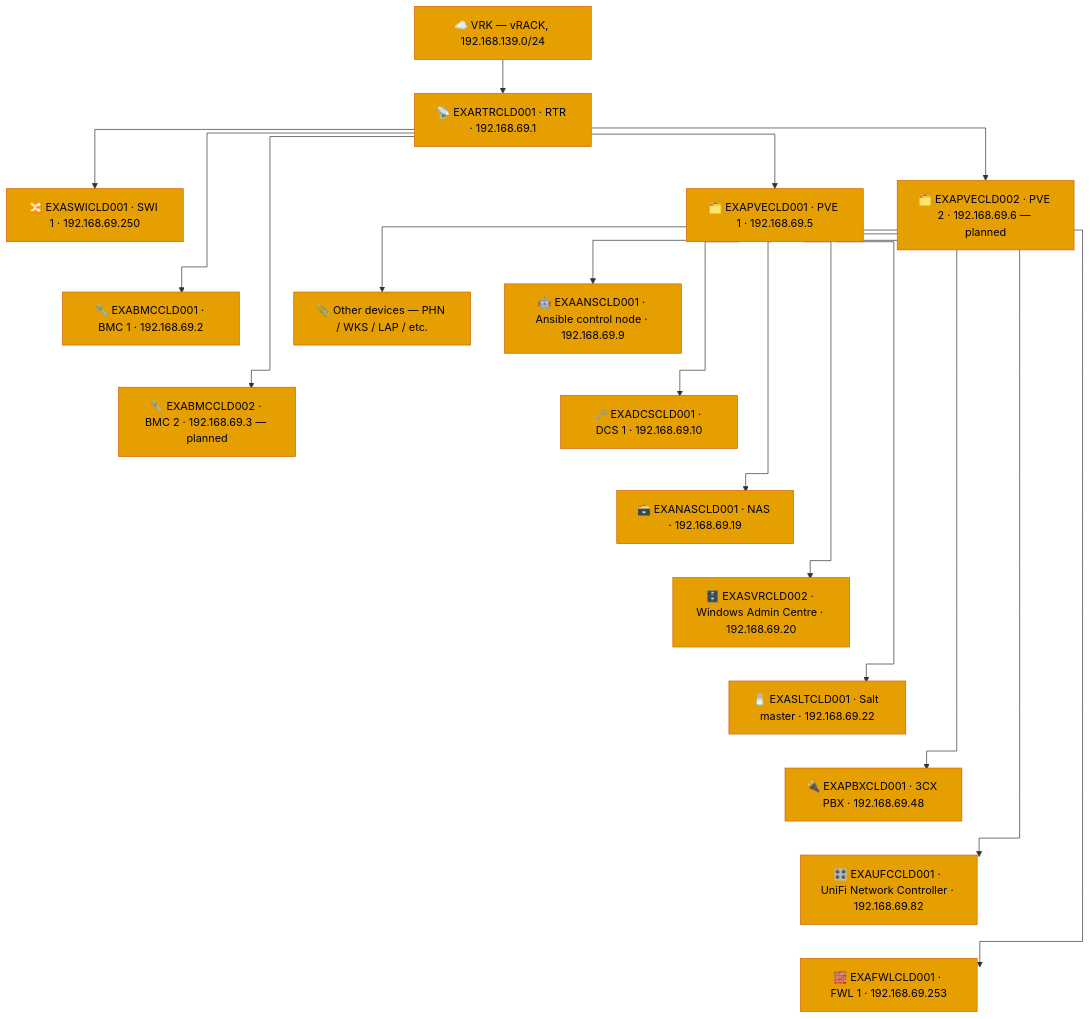
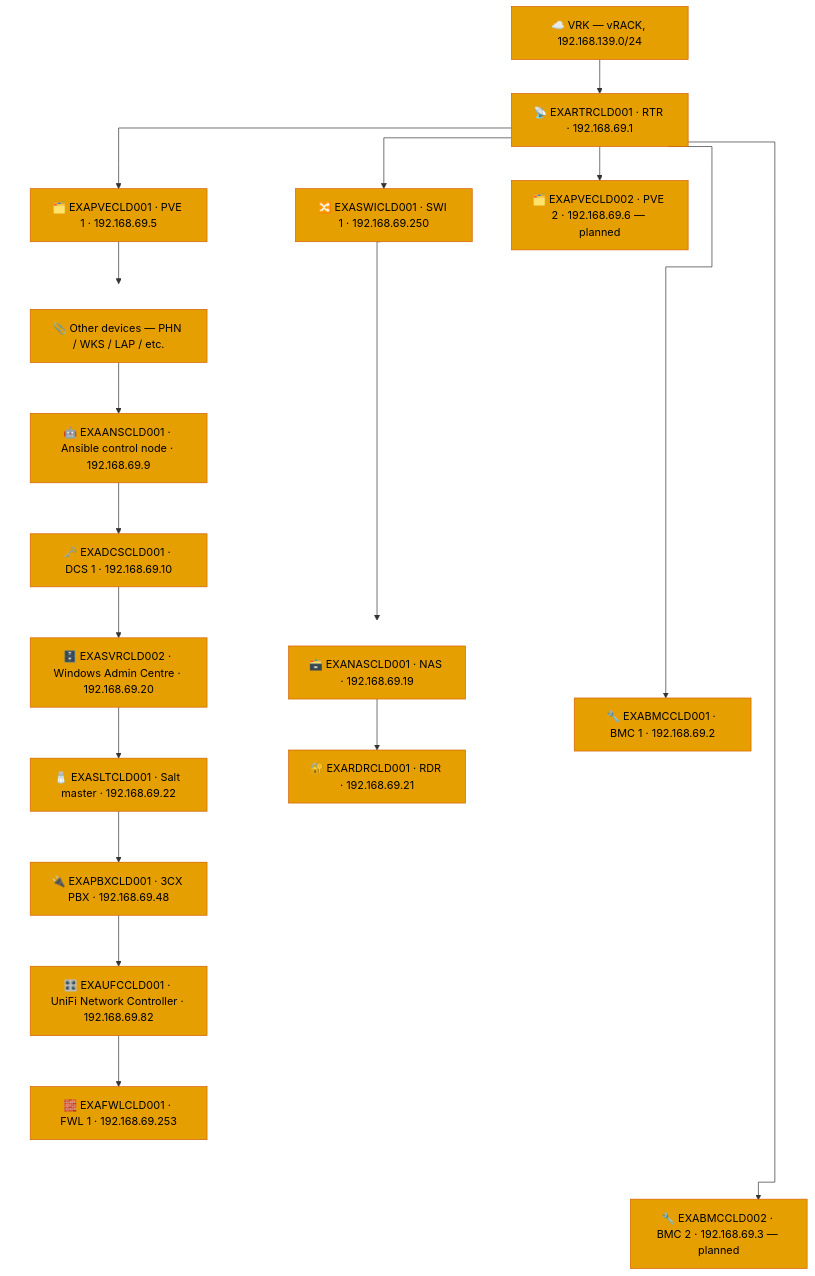
One commit to knightmare2600/example_music_infra changed the second of 2 diagrams in docs/network-diagram/cld.md. Above: the diagram before and after it, drawn with Mermaid.

Commit message:
docs/network-diagram/cld.md: move NAS+RDR under SWI, fix PVE1 VM column alignment
NAS now connects from EXASWICLD001 instead of PVE1, with EXARDRCLD001
(badge reader) added underneath it, same connection. PVE1's hosted VM
list (ANS/DCS/SVR/SLT/PBX/UFC/FWL) was drifting diagonally because
each had its own separate edge back to PVE1 -- dagre spreads
multi-depth converging edges sideways. Changed to a single chained
trunk per group so the column renders perfectly aligned, confirmed via
actual rendered SVG coordinates (whole PVE1 column shares one X, NAS/
RDR share their own).

````diff
--- a/docs/network-diagram/cld.md
+++ b/docs/network-diagram/cld.md
@@ -57,62 +57,70 @@
 ```mermaid
 %%{init: {'flowchart': {'curve': 'stepAfter'}}}%%
 graph TD
     T_VRK["☁️ VRK — vRACK, 192.168.139.0/24"]
     T_RTR["📡 EXARTRCLD001 · RTR · 192.168.69.1"]
     T_SWI["🔀 EXASWICLD001 · SWI 1 · 192.168.69.250"]
     T_BMC1["🔧 EXABMCCLD001 · BMC 1 · 192.168.69.2"]
     T_BMC2["🔧 EXABMCCLD002 · BMC 2 · 192.168.69.3 — planned"]
     T_PVE1["🗂️ EXAPVECLD001 · PVE 1 · 192.168.69.5"]
     T_PVE2["🗂️ EXAPVECLD002 · PVE 2 · 192.168.69.6 — planned"]
+    T_NAS["🗃️ EXANASCLD001 · NAS · 192.168.69.19"]
+    T_RDR["🔐 EXARDRCLD001 · RDR · 192.168.69.21"]
     T_OTHER["📎 Other devices — PHN / WKS / LAP / etc."]
     T_ANS["🤖 EXAANSCLD001 · Ansible control node · 192.168.69.9"]
     T_DCS["🗝️ EXADCSCLD001 · DCS 1 · 192.168.69.10"]
-    T_NAS["🗃️ EXANASCLD001 · NAS · 192.168.69.19"]
     T_SVR["🗄️ EXASVRCLD002 · Windows Admin Centre · 192.168.69.20"]
     T_SLT["🧂 EXASLTCLD001 · Salt master · 192.168.69.22"]
     T_PBX["🔌 EXAPBXCLD001 · 3CX PBX · 192.168.69.48"]
     T_UFC["🎛️ EXAUFCCLD001 · UniFi Network Controller · 192.168.69.82"]
     T_FWL["🧱 EXAFWLCLD001 · FWL 1 · 192.168.69.253"]
 
     T_VRK --> T_RTR
     T_RTR --> T_SWI
     T_RTR --> T_BMC1
     T_RTR --> T_BMC2
     T_RTR --> T_PVE1
     T_RTR --> T_PVE2
     T_SWI ~~~ T_BMC1
     T_BMC1 ~~~ T_BMC2
-    T_PVE1 --> T_OTHER
-    T_PVE1 --> T_ANS
-    T_ANS ~~~ T_DCS
-    T_PVE1 --> T_DCS
-    T_DCS ~~~ T_NAS
-    T_PVE1 --> T_NAS
-    T_NAS ~~~ T_SVR
-    T_PVE1 --> T_SVR
-    T_SVR ~~~ T_SLT
-    T_PVE1 --> T_SLT
-    T_SLT ~~~ T_PBX
-    T_PVE1 --> T_PBX
-    T_PBX ~~~ T_UFC
-    T_PVE1 --> T_UFC
-    T_UFC ~~~ T_FWL
-    T_PVE1 --> T_FWL
+
+    subgraph SWI_DEVICES [" "]
+      direction TB
+      T_NAS
+      T_RDR
+    end
+    T_SWI --> T_NAS --> T_RDR
+
+    subgraph PVE1_VMS [" "]
+      direction TB
+      T_OTHER
+      T_ANS
+      T_DCS
+      T_SVR
+      T_SLT
+      T_PBX
+      T_UFC
+      T_FWL
+    end
+    T_PVE1 --> T_OTHER --> T_ANS --> T_DCS --> T_SVR --> T_SLT --> T_PBX --> T_UFC --> T_FWL
 
     style T_VRK fill:#E69F00,stroke:#D55E00,color:#000000
     style T_RTR fill:#E69F00,stroke:#D55E00,color:#000000
     style T_SWI fill:#E69F00,stroke:#D55E00,color:#000000
     style T_BMC1 fill:#E69F00,stroke:#D55E00,color:#000000
     style T_BMC2 fill:#E69F00,stroke:#D55E00,color:#000000
     style T_PVE1 fill:#E69F00,stroke:#D55E00,color:#000000
     style T_PVE2 fill:#E69F00,stroke:#D55E00,color:#000000
+    style T_NAS fill:#E69F00,stroke:#D55E00,color:#000000
+    style T_RDR fill:#E69F00,stroke:#D55E00,color:#000000
     style T_OTHER fill:#E69F00,stroke:#D55E00,color:#000000
     style T_ANS fill:#E69F00,stroke:#D55E00,color:#000000
     style T_DCS fill:#E69F00,stroke:#D55E00,color:#000000
-    style T_NAS fill:#E69F00,stroke:#D55E00,color:#000000
     style T_SVR fill:#E69F00,stroke:#D55E00,color:#000000
     style T_SLT fill:#E69F00,stroke:#D55E00,color:#000000
     style T_PBX fill:#E69F00,stroke:#D55E00,color:#000000
     style T_UFC fill:#E69F00,stroke:#D55E00,color:#000000
     style T_FWL fill:#E69F00,stroke:#D55E00,color:#000000
+    style SWI_DEVICES fill:transparent,stroke:transparent
+    style PVE1_VMS fill:transparent,stroke:transparent
 ```
````
